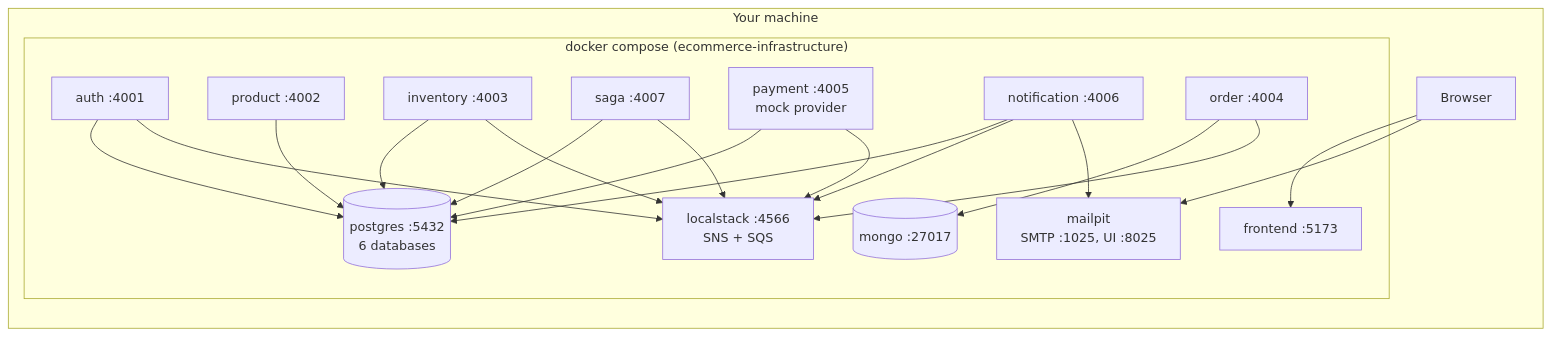
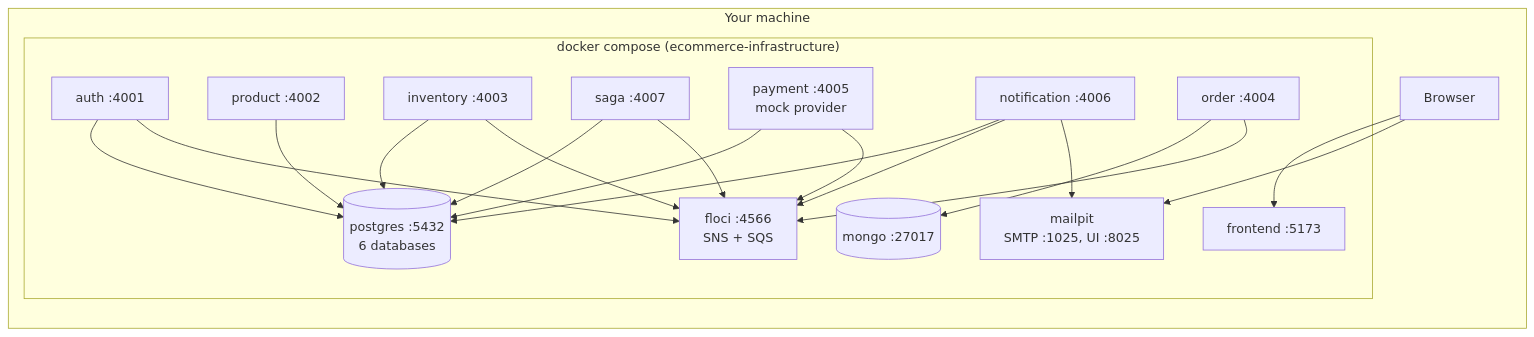
The fourth of 4 diagrams in docs/architecture/README.md (david150383/cc-ecommerce-infrastructure), drawn with Mermaid before and after one commit. The commit also changed other lines of this file and 8 other files, not shown here.

````diff
--- a/docs/architecture/README.md
+++ b/docs/architecture/README.md
@@ -279,26 +279,26 @@
 ```mermaid
 flowchart LR
     subgraph Host["Your machine"]
         BROWSER[Browser]
         subgraph Compose["docker compose (ecommerce-infrastructure)"]
             FE[frontend :5173]
             AUTH[auth :4001]
             PROD[product :4002]
             INV[inventory :4003]
             ORD[order :4004]
             PAY[payment :4005<br/>mock provider]
             NOTIF[notification :4006]
             SAGA[saga :4007]
             PG[(postgres :5432<br/>6 databases)]
             MONGO[(mongo :27017)]
-            LS[localstack :4566<br/>SNS + SQS]
+            LS[floci :4566<br/>SNS + SQS]
             MP[mailpit<br/>SMTP :1025, UI :8025]
         end
     end
     BROWSER --> FE
     BROWSER --> MP
     AUTH & PROD & INV & SAGA & PAY & NOTIF --> PG
     ORD --> MONGO
     AUTH & INV & ORD & SAGA & PAY & NOTIF --> LS
     NOTIF --> MP
 ```
````
